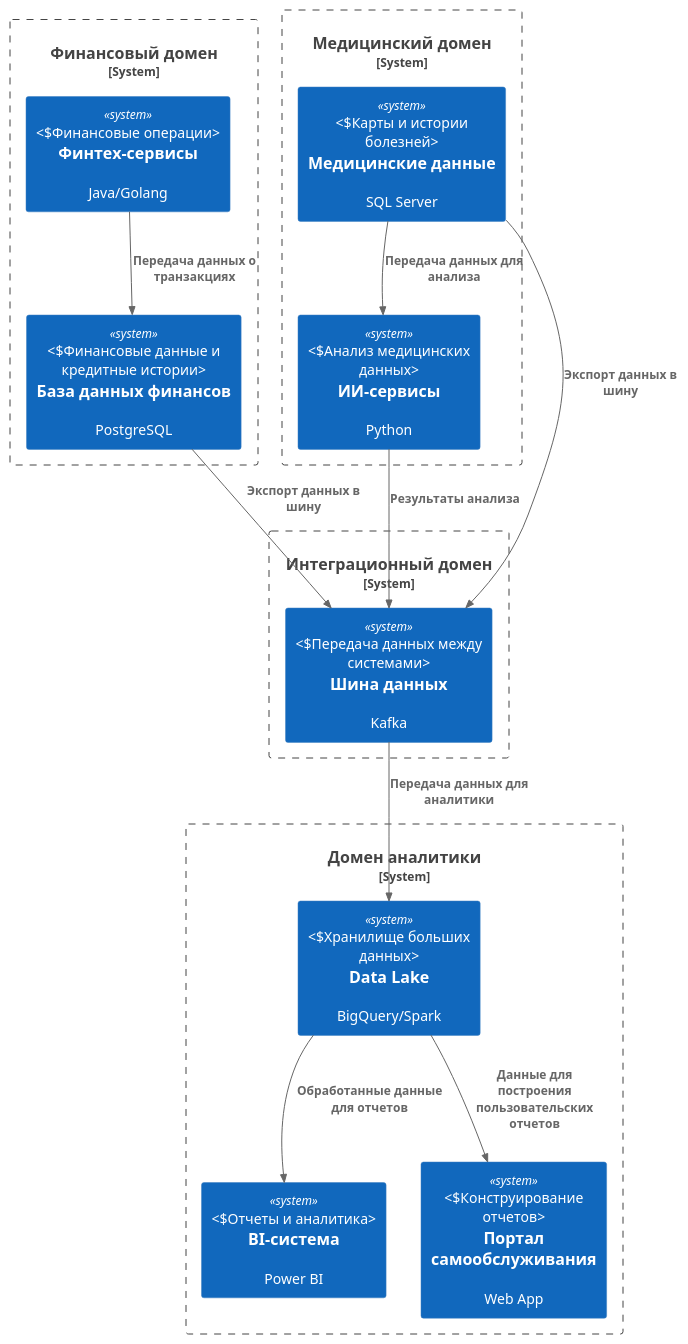
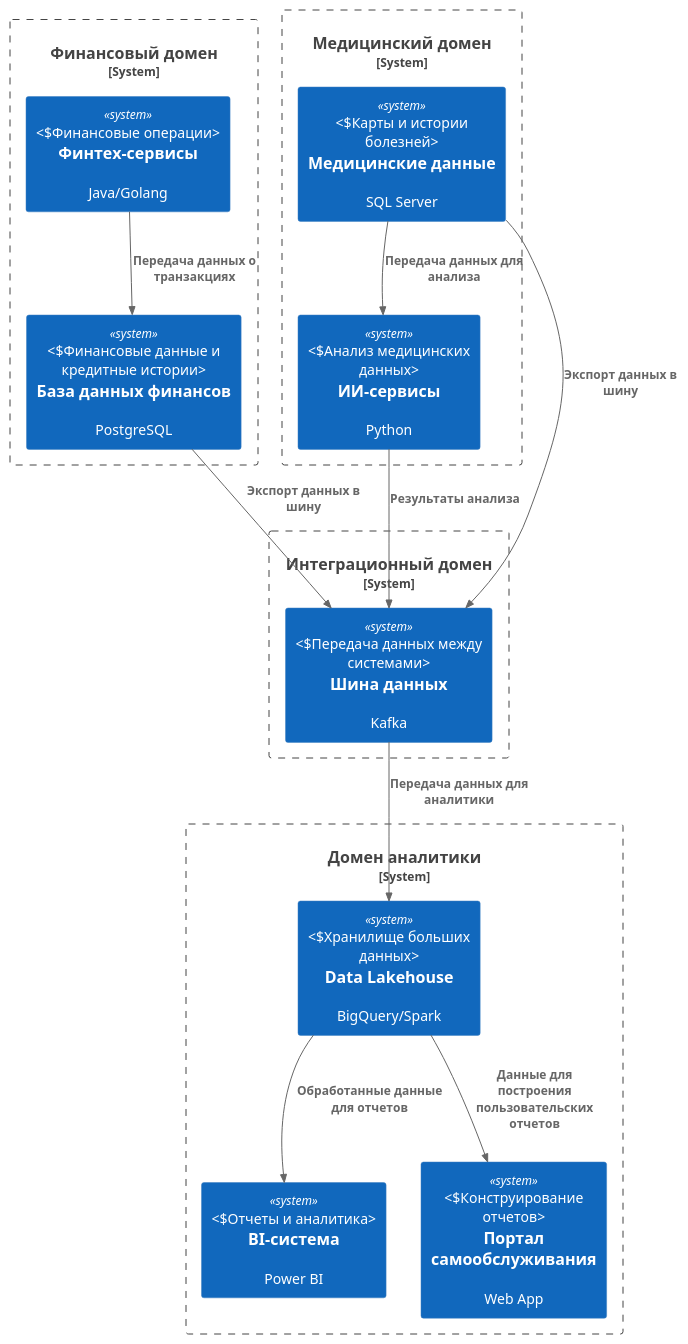
Before and after one commit to boormistr/architecture-sprint-11: the diagram in Exc2/dfd.puml, drawn with PlantUML. The commit also changed 5 other files, not shown here.

```diff
--- a/Exc2/dfd.puml
+++ b/Exc2/dfd.puml
@@ -1,32 +1,32 @@
 @startuml
 !include <C4/C4_Context>
 
 System_Boundary(FinancialDomain, "Финансовый домен") {
     System(fintech_services, "Финтех-сервисы", "Java/Golang", "Финансовые операции")
     System(financial_db, "База данных финансов", "PostgreSQL", "Финансовые данные и кредитные истории")
 }
 
 System_Boundary(MedicalDomain, "Медицинский домен") {
     System(medical_data, "Медицинские данные", "SQL Server", "Карты и истории болезней")
     System(ai_services, "ИИ-сервисы", "Python", "Анализ медицинских данных")
 }
 
 System_Boundary(AnalyticsDomain, "Домен аналитики") {
-    System(data_lake, "Data Lake", "BigQuery/Spark", "Хранилище больших данных")
+    System(data_lake, "Data Lakehouse", "BigQuery/Spark", "Хранилище больших данных")
     System(bi_system, "BI-система", "Power BI", "Отчеты и аналитика")
     System(data_portal, "Портал самообслуживания", "Web App", "Конструирование отчетов")
 }
 
 System_Boundary(IntegrationDomain, "Интеграционный домен") {
     System(data_hub, "Шина данных", "Kafka", "Передача данных между системами")
 }
 
 Rel(fintech_services, financial_db, "Передача данных о транзакциях")
 Rel(financial_db, data_hub, "Экспорт данных в шину")
 Rel(medical_data, ai_services, "Передача данных для анализа")
 Rel(medical_data, data_hub, "Экспорт данных в шину")
 Rel(ai_services, data_hub, "Результаты анализа")
 Rel(data_hub, data_lake, "Передача данных для аналитики")
 Rel(data_lake, bi_system, "Обработанные данные для отчетов")
 Rel(data_lake, data_portal, "Данные для построения пользовательских отчетов")
 @enduml
```
